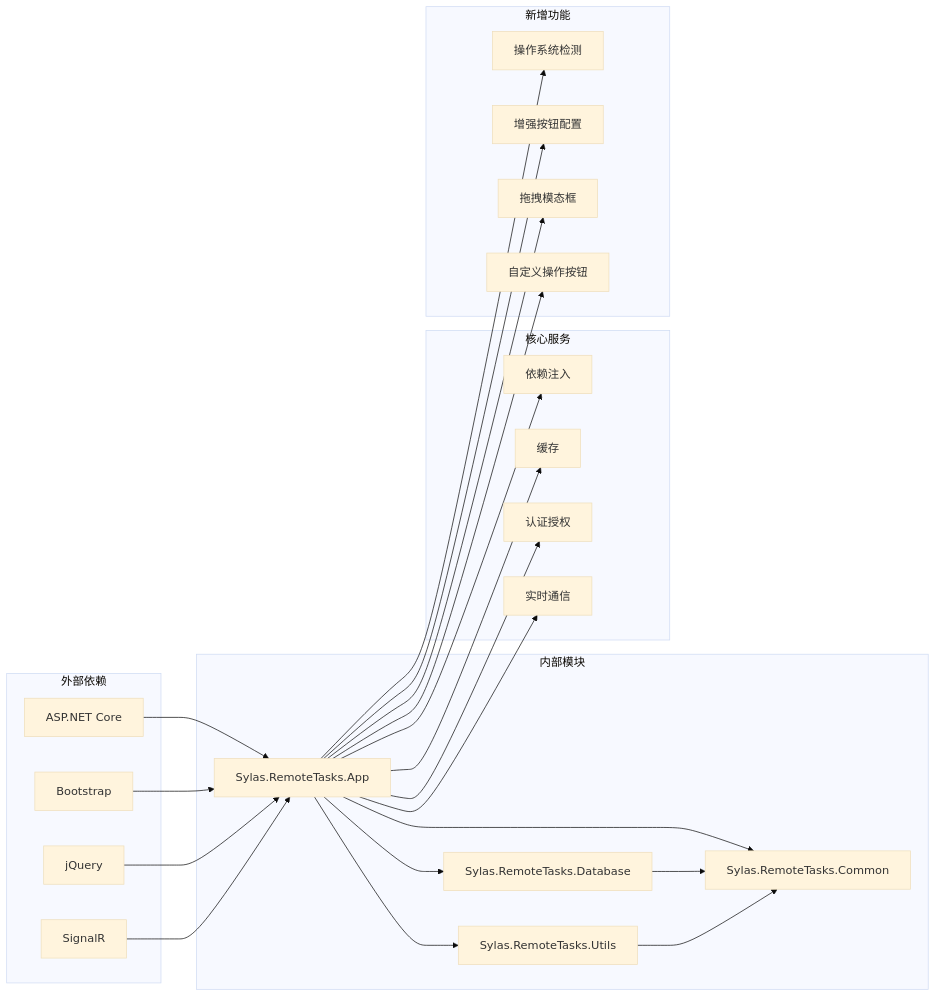
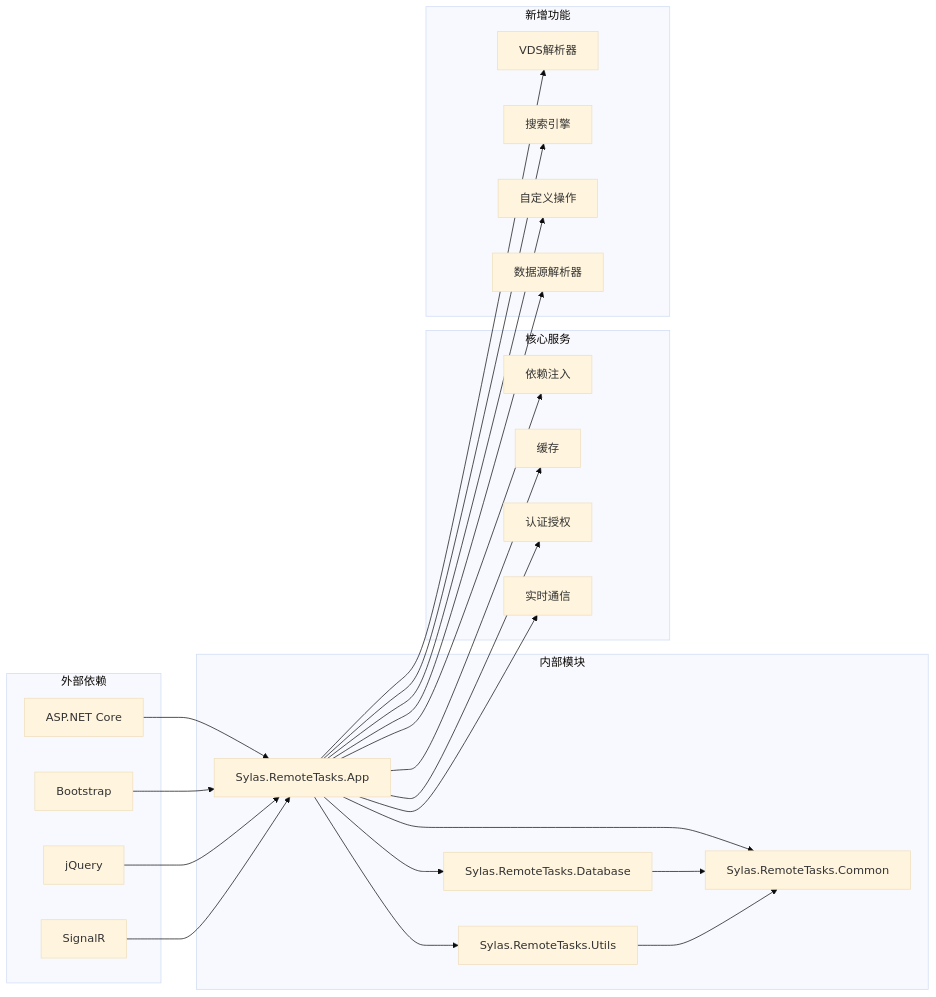
Diagram 12 of 12 in .qoder/repowiki/zh/content/项目概述/核心特性/低代码VDS可视化编辑器系统.md (Sosososolong/AirGo), drawn with Mermaid (base theme) before and after one commit. The commit also changed other lines of this file and 7 other files, not shown here.

````diff
--- a/.qoder/repowiki/zh/content/项目概述/核心特性/低代码VDS可视化编辑器系统.md
+++ b/.qoder/repowiki/zh/content/项目概述/核心特性/低代码VDS可视化编辑器系统.md
@@ -537,44 +541,44 @@
 ```mermaid
 graph LR
 subgraph "外部依赖"
 ASPNET[ASP.NET Core]
 Bootstrap[Bootstrap]
 jQuery[jQuery]
 SignalR[SignalR]
 end
 subgraph "内部模块"
 App[Sylas.RemoteTasks.App]
 Database[Sylas.RemoteTasks.Database]
 Utils[Sylas.RemoteTasks.Utils]
 Common[Sylas.RemoteTasks.Common]
 end
 subgraph "核心服务"
 DI[依赖注入]
 Cache[缓存]
 Auth[认证授权]
 Hub[实时通信]
 end
 subgraph "新增功能"
-OSDetection[操作系统检测]
-EnhancedButtonConfig[增强按钮配置]
-DragModal[拖拽模态框]
-CustomActionButton[自定义操作按钮]
+VDSParser[VDS解析器]
+SearchEngine[搜索引擎]
+CustomActions[自定义操作]
+DataSourceResolver[数据源解析器]
 end
 ASPNET --> App
 Bootstrap --> App
 jQuery --> App
 SignalR --> App
 App --> Database
 App --> Utils
 App --> Common
 App --> DI
 App --> Cache
 App --> Auth
 App --> Hub
-App --> OSDetection
-App --> EnhancedButtonConfig
-App --> DragModal
-App --> CustomActionButton
+App --> VDSParser
+App --> SearchEngine
+App --> CustomActions
+App --> DataSourceResolver
 Database --> Common
 Utils --> Common
 ```
````
